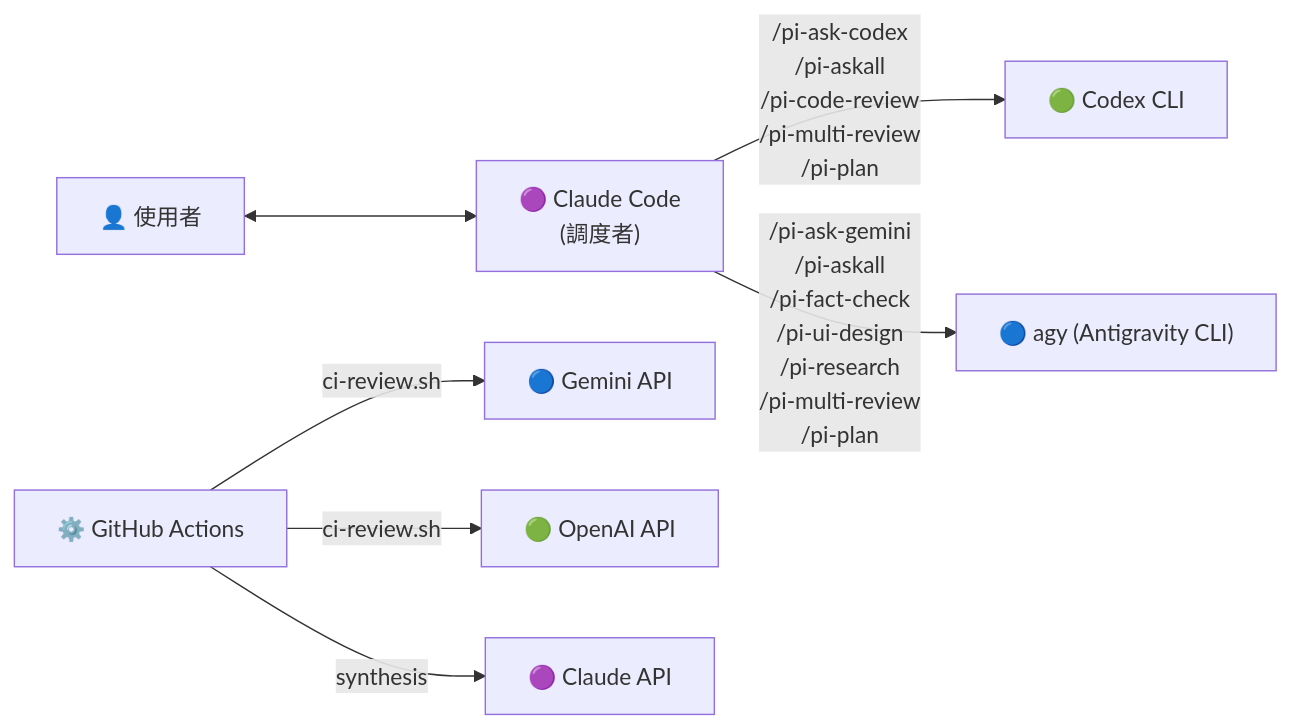
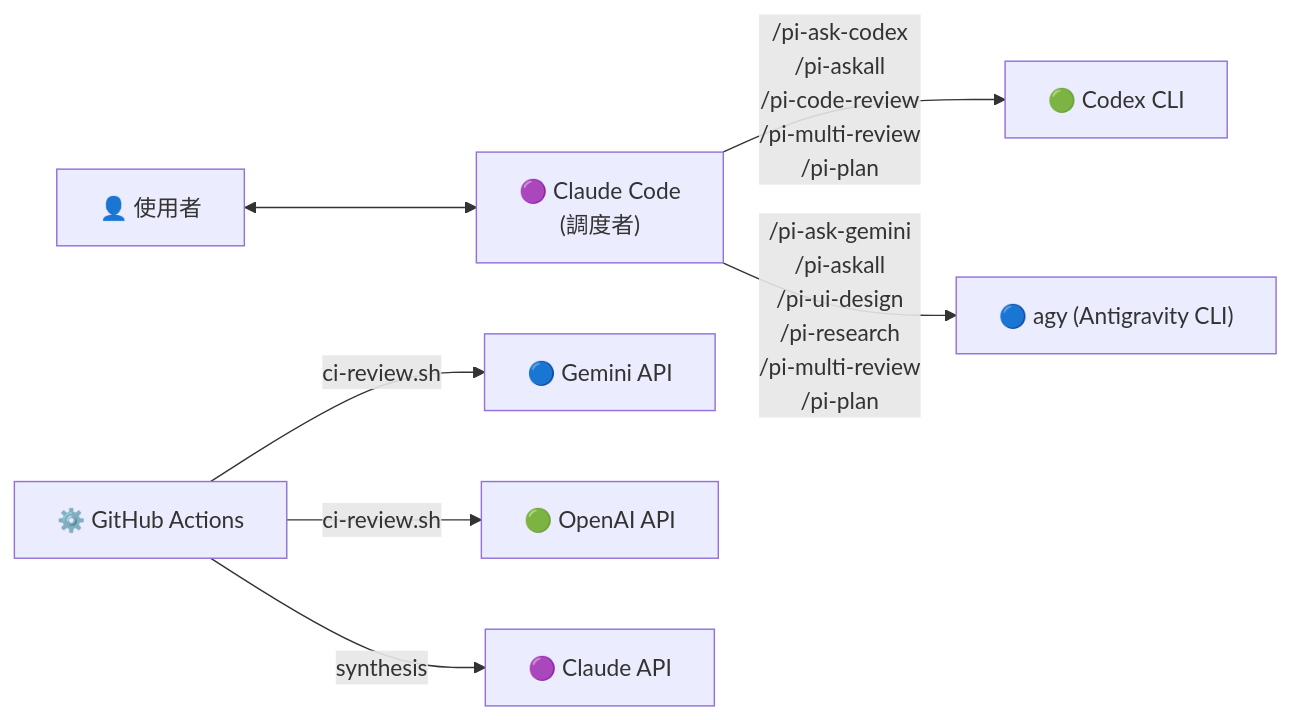
One commit to tznthou/claude-prism changed the first of 2 diagrams in README.zh-TW.md. Above: the diagram before and after it, drawn with Mermaid. The commit also changed other lines of this file and 10 other files, not shown here.

````diff
--- a/README.zh-TW.md
+++ b/README.zh-TW.md
@@ -305,9 +296,9 @@
 ```mermaid
 flowchart LR
     User["👤 使用者"] <--> Claude["🟣 Claude Code\n(調度者)"]
     Claude -->|"/pi-ask-codex\n/pi-askall\n/pi-code-review\n/pi-multi-review\n/pi-plan"| Codex["🟢 Codex CLI"]
-    Claude -->|"/pi-ask-gemini\n/pi-askall\n/pi-fact-check\n/pi-ui-design\n/pi-research\n/pi-multi-review\n/pi-plan"| Gemini["🔵 agy (Antigravity CLI)"]
+    Claude -->|"/pi-ask-gemini\n/pi-askall\n/pi-ui-design\n/pi-research\n/pi-multi-review\n/pi-plan"| Gemini["🔵 agy (Antigravity CLI)"]
     CI["⚙️ GitHub Actions"] -->|"ci-review.sh"| GeminiAPI["🔵 Gemini API"]
     CI -->|"ci-review.sh"| OpenAIAPI["🟢 OpenAI API"]
     CI -->|"synthesis"| ClaudeAPI["🟣 Claude API"]
 ```
````
